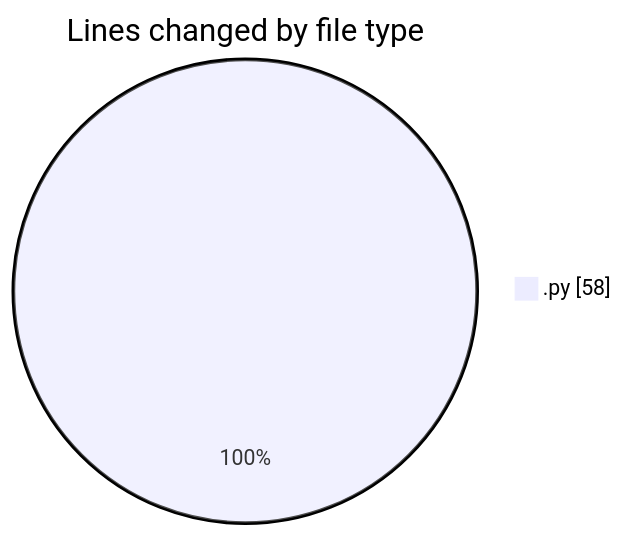
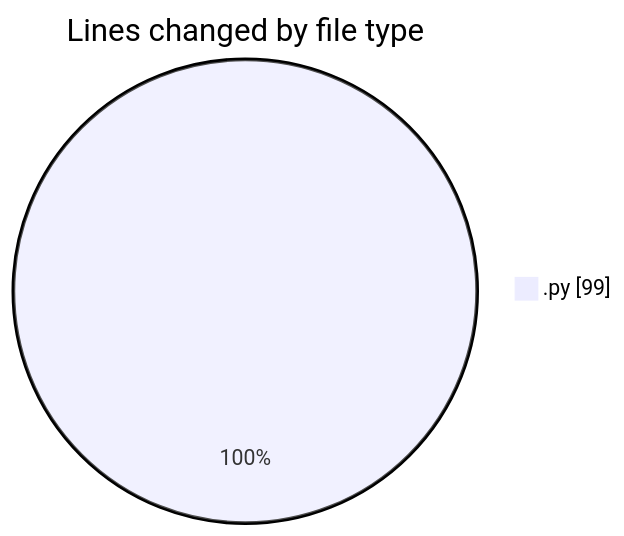
The first of 2 diagrams in 2025-03-16/myws__workspace_/README.md (MatusMokan/code-tracking), drawn with Mermaid before and after one commit. The commit also changed other lines of this file and 1 other file, not shown here.

````diff
--- a/2025-03-16/myws__workspace_/README.md
+++ b/2025-03-16/myws__workspace_/README.md
@@ -20,5 +21,5 @@
 ```mermaid
 pie showData
 title Lines changed by file type
-".py" : 58
+".py" : 99
 ```
````
